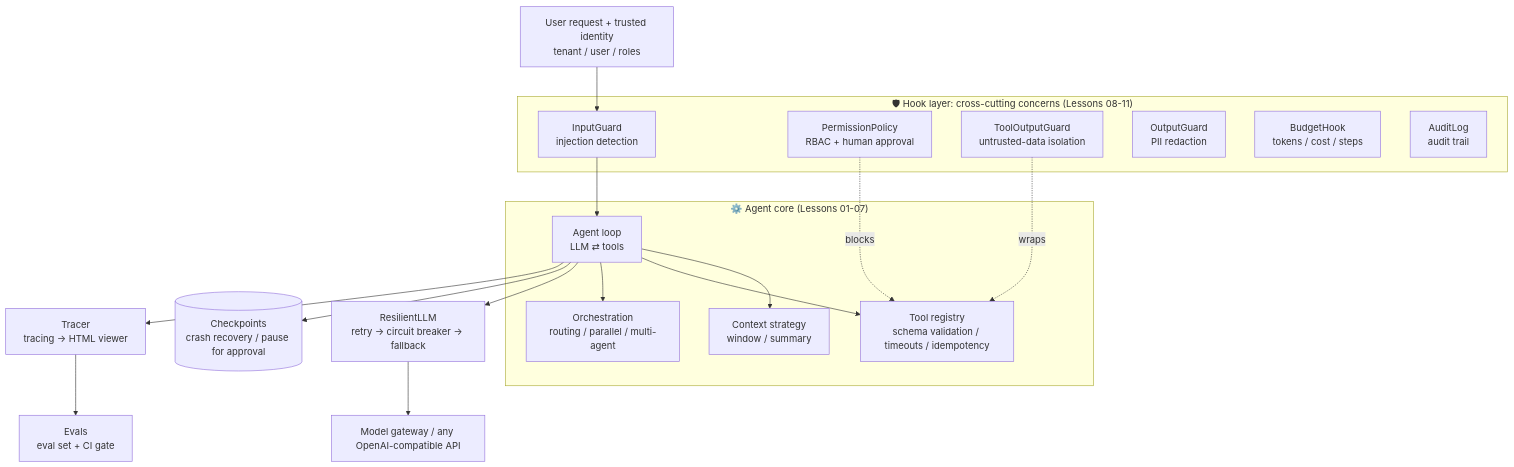
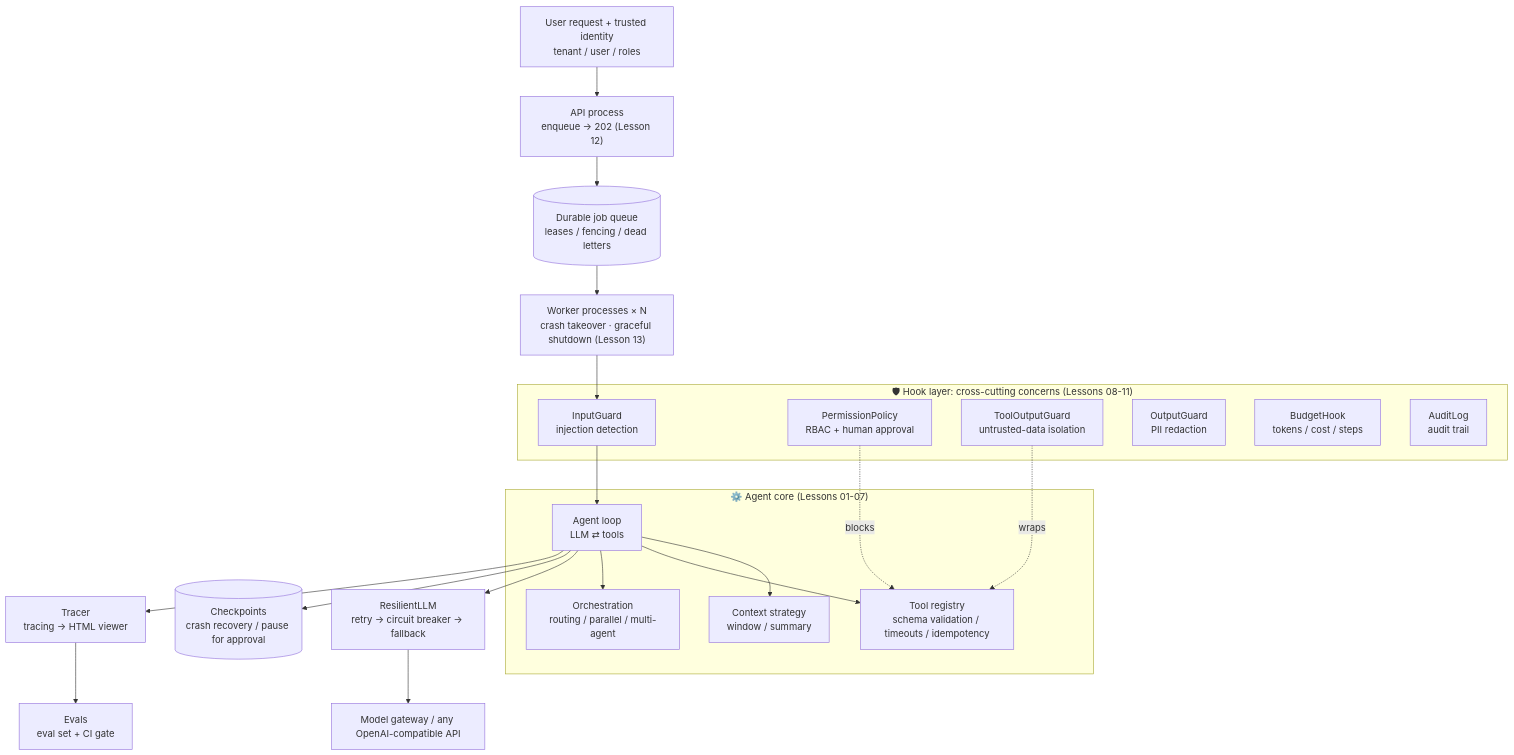
Before and after one commit to heaven999b/hello-agent-system: the diagram in README.en.md, drawn with Mermaid. The commit also changed other lines of this file and 2 other files, not shown here.

Commit message:
docs(readme): one async implementation, real multi-process layer, verified snippets for core, workers and production stack

````diff
--- a/README.en.md
+++ b/README.en.md
@@ -60,25 +60,28 @@
 ```mermaid
 flowchart TB
-    U["User request + trusted identity<br/>tenant / user / roles"] --> IG
+    U["User request + trusted identity<br/>tenant / user / roles"] --> API["API process<br/>enqueue → 202 (Lesson 12)"]
+    API --> Q[("Durable job queue<br/>leases / fencing / dead letters")]
+    Q --> W["Worker processes × N<br/>crash takeover · graceful shutdown (Lesson 13)"]
+    W --> IG
     subgraph Hooks["🛡 Hook layer: cross-cutting concerns (Lessons 08-11)"]
         IG["InputGuard<br/>injection detection"]
         PP["PermissionPolicy<br/>RBAC + human approval"]
         TG["ToolOutputGuard<br/>untrusted-data isolation"]
         OG["OutputGuard<br/>PII redaction"]
         BG["BudgetHook<br/>tokens / cost / steps"]
         AU["AuditLog<br/>audit trail"]
     end
     IG --> LOOP
     subgraph Core["⚙️ Agent core (Lessons 01-07)"]
         LOOP["Agent loop<br/>LLM ⇄ tools"] --> CTX["Context strategy<br/>window / summary"]
         LOOP --> REG["Tool registry<br/>schema validation / timeouts / idempotency"]
         LOOP --> WF["Orchestration<br/>routing / parallel / multi-agent"]
     end
     LOOP --> RL["ResilientLLM<br/>retry → circuit breaker → fallback"]
     RL --> GW["Model gateway / any OpenAI-compatible API"]
     LOOP --> CP[("Checkpoints<br/>crash recovery / pause for approval")]
     LOOP --> TR["Tracer<br/>tracing → HTML viewer"]
     TR --> EV["Evals<br/>eval set + CI gate"]
     PP -.blocks.-> REG
     TG -.wraps.-> REG
 ```
````
